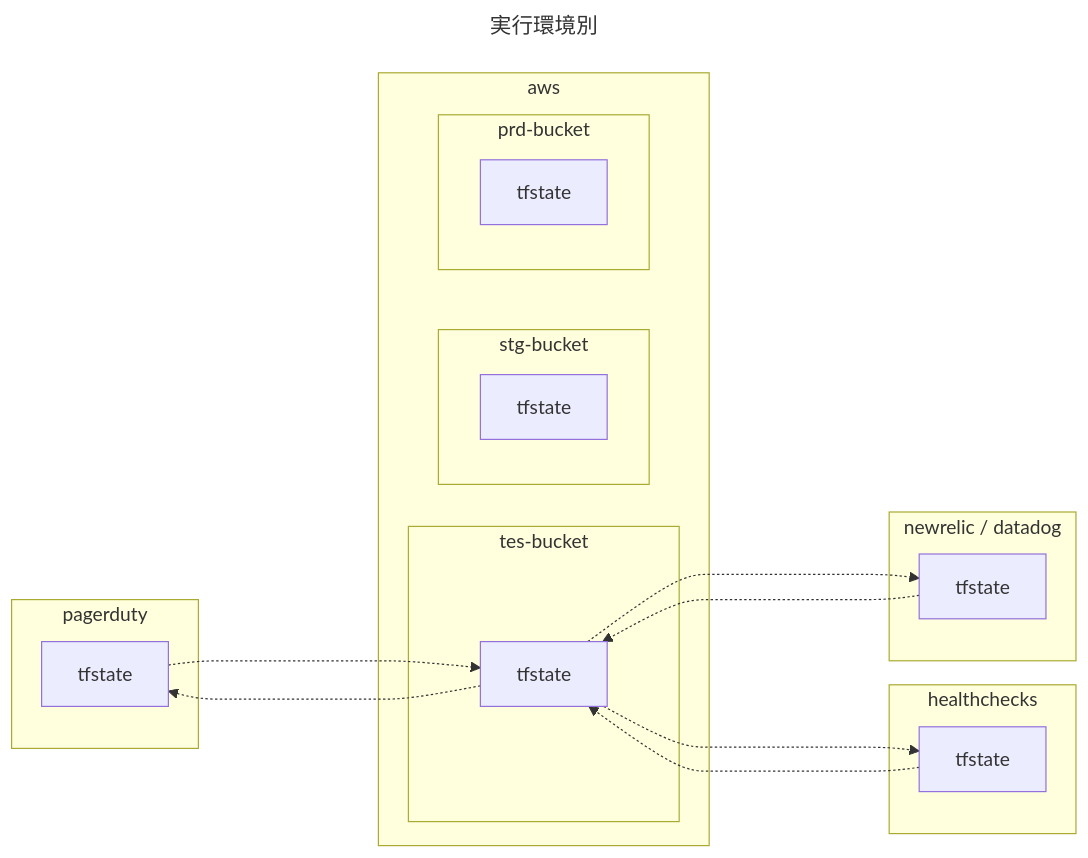
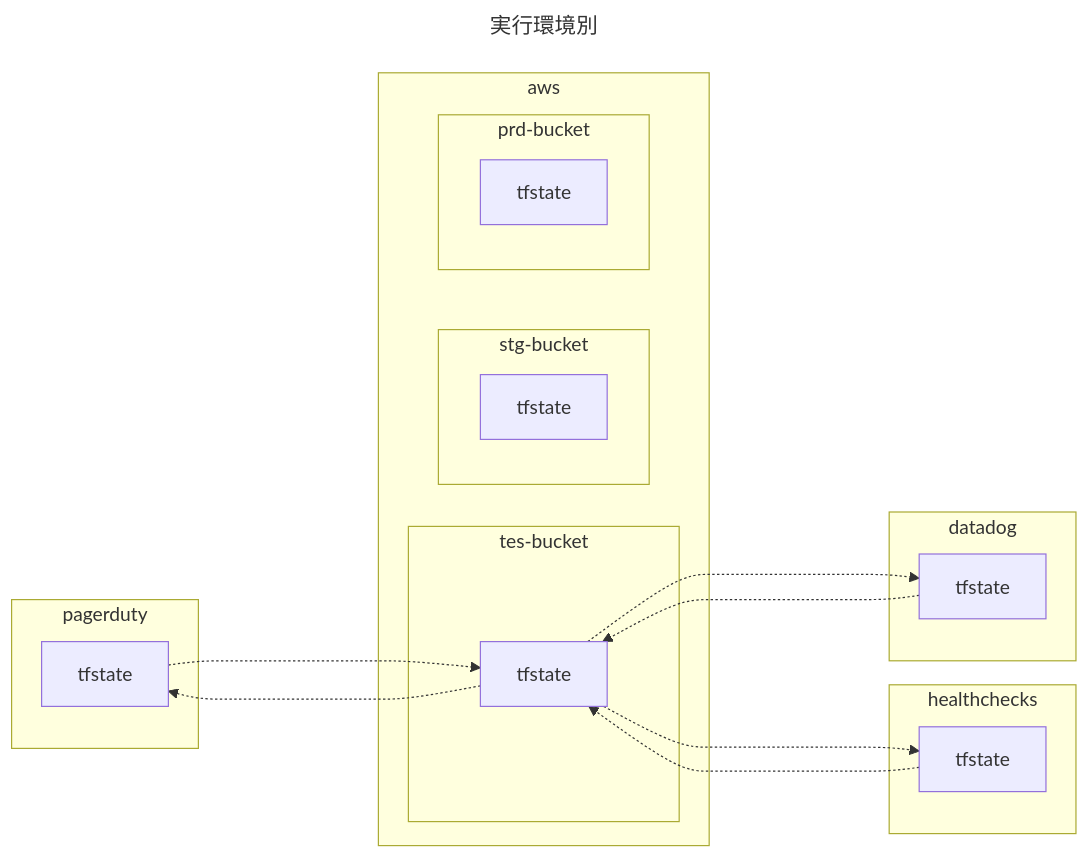
Before and after one commit to hiroki-it/hatenablog: the sixth of 12 diagrams in dist/entry/2023/07/01/180257.md, drawn with Mermaid. The commit also changed other lines of this file, not shown here.

````diff
--- a/dist/entry/2023/07/01/180257.md
+++ b/dist/entry/2023/07/01/180257.md
@@ -790,33 +790,33 @@
 ```mermaid
 ---
 title: 実行環境別
 ---
 %%{init:{'theme':'natural'}}%%
 flowchart LR
     subgraph pagerduty
         PagerDuty["tfstate"]
     end
     subgraph healthchecks
         Healthchecks[tfstate]
     end
-    subgraph newrelic / datadog
-        Newrelic_Datadog[tfstate]
+    subgraph datadog
+        Datadog[tfstate]
     end
     subgraph aws
         subgraph tes-bucket
             Tes[tfstate]
         end
         subgraph stg-bucket
             Stg[tfstate]
         end
         subgraph prd-bucket
             Prd[tfstate]
         end
     end
-    Tes -...-> Newrelic_Datadog
+    Tes -...-> Datadog
     Tes -...-> Healthchecks
     Tes -...-> PagerDuty
-    Newrelic_Datadog -...-> Tes
+    Datadog -...-> Tes
     Healthchecks -...-> Tes
     PagerDuty -...-> Tes
 ```
````
